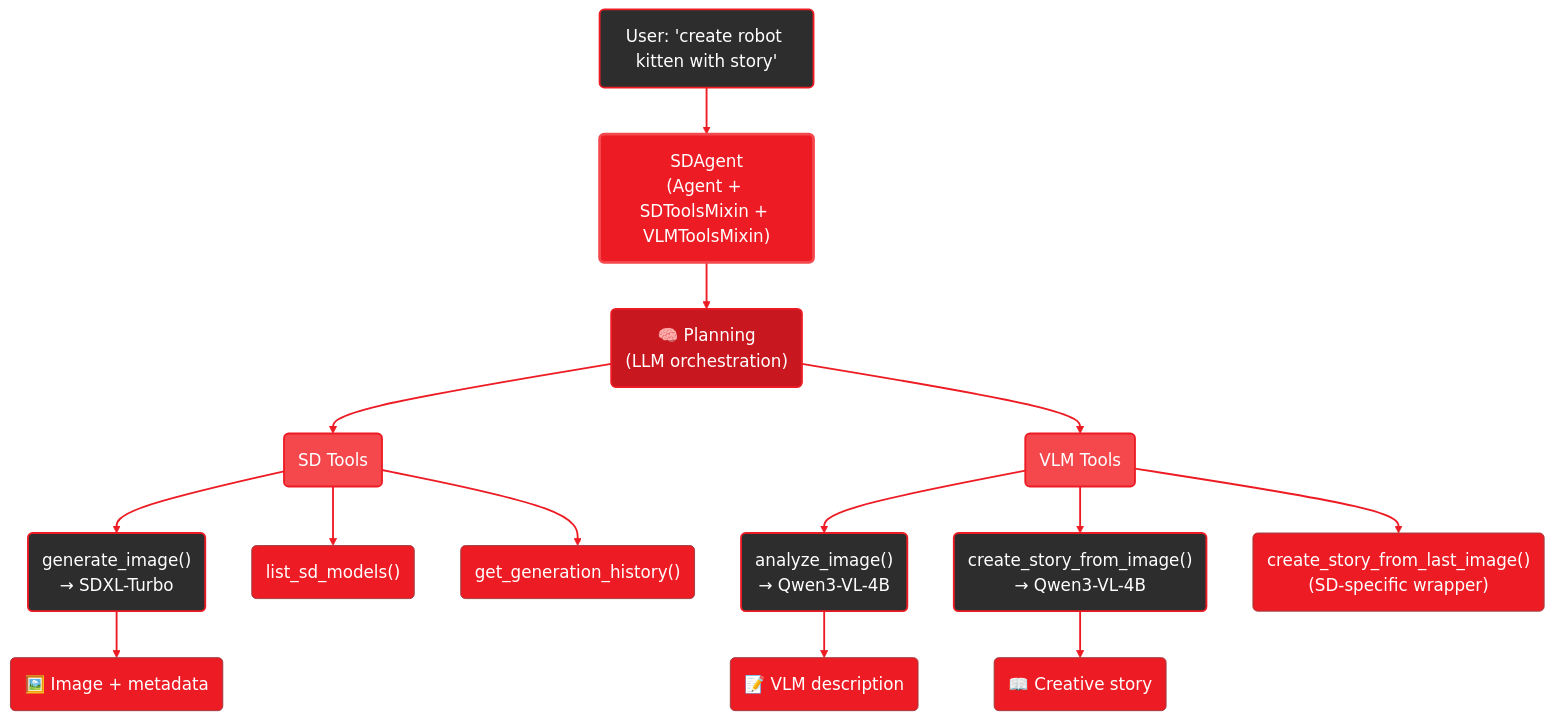
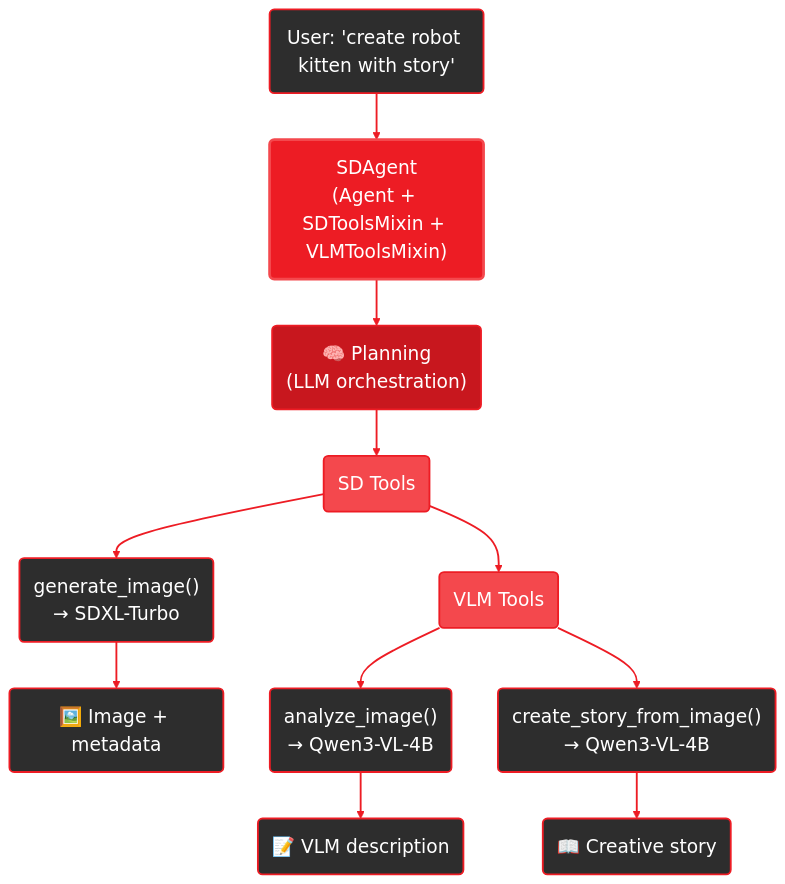
Before and after one commit to amd/gaia: the diagram in docs/guides/sd.mdx, drawn with Mermaid.

Commit message:
Make diagram narrower for better readability
Restructured the architecture diagram to be a single vertical column:
- VLM Tools now flows below SD Tools instead of branching from Plan
- Removed auxiliary tools to focus on main workflow (generate_image,
  analyze_image, create_story_from_image)
- Increased font size from 18px to 20px
- Each tool connects directly to its output for clearer flow

This narrow layout allows the diagram to scale up significantly, making
text much more readable while maintaining the complete workflow story.

````diff
--- a/docs/guides/sd.mdx
+++ b/docs/guides/sd.mdx
@@ -86,34 +86,36 @@
 ```mermaid
-%%{init: {'theme':'base', 'themeVariables': { 'primaryColor':'#ED1C24', 'fontSize':'18px', 'lineColor':'#ED1C24', 'primaryTextColor':'#fff', 'edgeLabelBackground':'#1a1a1a'}, 'flowchart': {'curve': 'basis'}}}%%
+%%{init: {'theme':'base', 'themeVariables': { 'primaryColor':'#ED1C24', 'fontSize':'20px', 'lineColor':'#ED1C24', 'primaryTextColor':'#fff', 'edgeLabelBackground':'#1a1a1a'}, 'flowchart': {'curve': 'basis'}}}%%
 graph TB
     User("User: 'create robot kitten with story'")
     Agent("SDAgent<br/>(Agent + SDToolsMixin + VLMToolsMixin)")
     Plan("🧠 Planning<br/>(LLM orchestration)")
 
     User --> Agent
     Agent --> Plan
+    Plan --> SDTools("SD Tools")
 
-    Plan --> SDTools("SD Tools")
     SDTools --> GenImg("generate_image()<br/>→ SDXL-Turbo")
-    SDTools --> ListModels("list_sd_models()")
-    SDTools --> History("get_generation_history()")
     GenImg --> Output("🖼️ Image + metadata")
 
-    Plan --> VLMTools("VLM Tools")
+    SDTools --> VLMTools("VLM Tools")
+
     VLMTools --> Analyze("analyze_image()<br/>→ Qwen3-VL-4B")
+    Analyze --> Output2("📝 VLM description")
+
     VLMTools --> Story("create_story_from_image()<br/>→ Qwen3-VL-4B")
-    VLMTools --> StoryLast("create_story_from_last_image()<br/>(SD-specific wrapper)")
-    Analyze --> Output2("📝 VLM description")
     Story --> Output3("📖 Creative story")
 
     style User fill:#2d2d2d,stroke:#ED1C24,stroke-width:2px,color:#fff
     style Agent fill:#ED1C24,stroke:#F4484D,stroke-width:3px,color:#fff
     style Plan fill:#C8171E,stroke:#ED1C24,stroke-width:2px,color:#fff
     style SDTools fill:#F4484D,stroke:#ED1C24,stroke-width:2px,color:#fff
     style VLMTools fill:#F4484D,stroke:#ED1C24,stroke-width:2px,color:#fff
     style GenImg fill:#2d2d2d,stroke:#ED1C24,stroke-width:2px,color:#fff
     style Analyze fill:#2d2d2d,stroke:#ED1C24,stroke-width:2px,color:#fff
     style Story fill:#2d2d2d,stroke:#ED1C24,stroke-width:2px,color:#fff
+    style Output fill:#2d2d2d,stroke:#ED1C24,stroke-width:2px,color:#fff
+    style Output2 fill:#2d2d2d,stroke:#ED1C24,stroke-width:2px,color:#fff
+    style Output3 fill:#2d2d2d,stroke:#ED1C24,stroke-width:2px,color:#fff
 
     linkStyle default stroke:#ED1C24,stroke-width:2px
 ```
````
